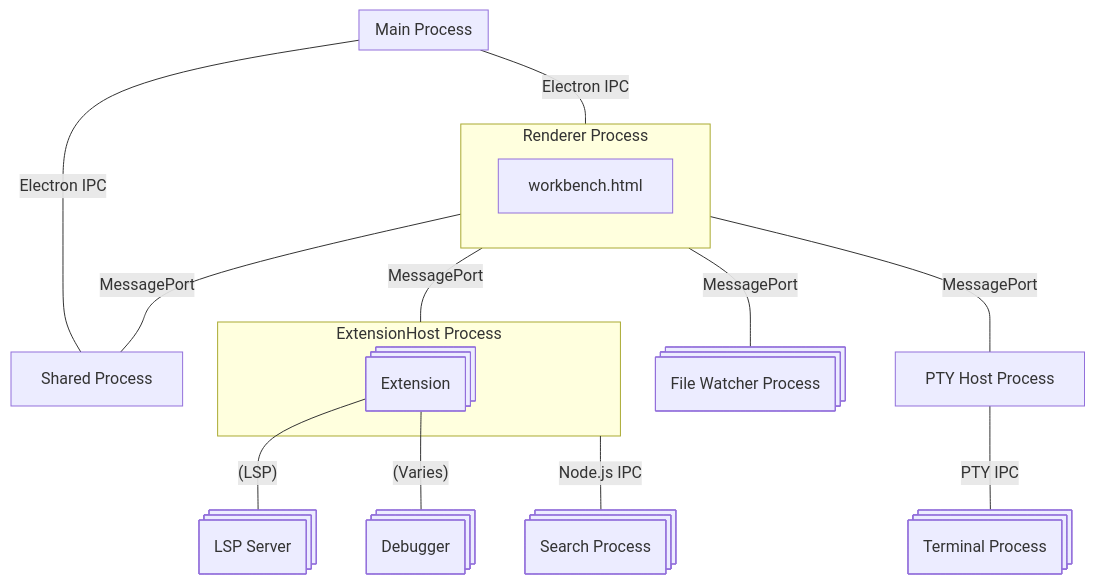
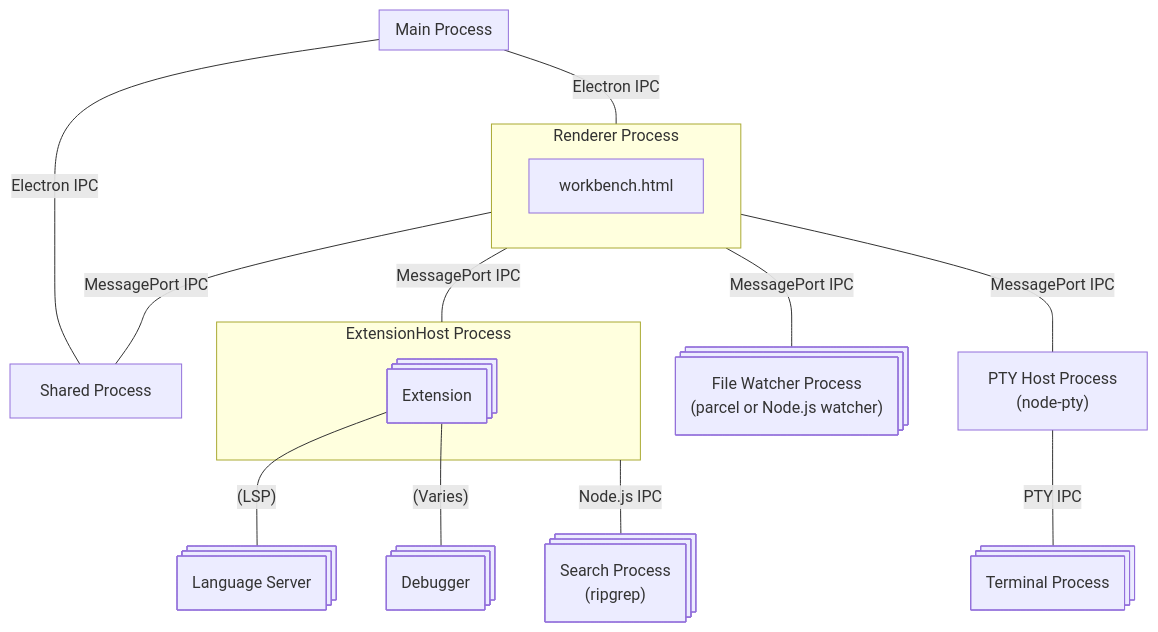
One commit to tamuratak/latex-toybox changed the diagram in dev/memo/arch_of_vscode.md. Above: the diagram before and after it, drawn with Mermaid.

Commit message:
fixup! fixup! fixup! fixup! fixup! fixup! fixup! feat: Add flowchart diagram for VS Code architecture in arch_of_vscode.md [skip ci]

````diff
--- a/dev/memo/arch_of_vscode.md
+++ b/dev/memo/arch_of_vscode.md
@@ -4,28 +4,28 @@
 ```mermaid
 flowchart TB
     subgraph MainProcess[Main Process]
     end
     subgraph RendererProcess [Renderer Process]
         workbench.html
     end
     SharedProcess[Shared Process]
     subgraph ExtensionHostProcess  [ExtensionHost Process]
         Extension@{ shape: procs }
     end
-    SearchProcess@{ shape: procs, label: "Search Process" }
-    TerminalHostProcess@{ label: "PTY Host Process" }
+    SearchProcess@{ shape: procs, label: "Search Process<br/>(ripgrep)" }
+    TerminalHostProcess@{ label: "PTY Host Process<br/>(node-pty)" }
     TerminalProcess@{ shape: procs, label: "Terminal Process" }
-    FileWatcherProcess@{ shape: procs, label: "File Watcher Process" }
-    LSPServer@{ shape: procs, label: "LSP Server" }
+    FileWatcherProcess@{ shape: procs, label: "File Watcher Process<br/>(parcel or Node.js watcher)" }
+    LanguageServer@{ shape: procs, label: "Language Server" }
     Debugger@{ shape: procs }
     MainProcess -- Electron IPC --- SharedProcess
     MainProcess -- Electron IPC --- RendererProcess
-    RendererProcess -- MessagePort --- SharedProcess
-    RendererProcess -- MessagePort --- ExtensionHostProcess
-    RendererProcess -- MessagePort --- FileWatcherProcess
-    RendererProcess -- MessagePort --- TerminalHostProcess
+    RendererProcess -- MessagePort IPC --- SharedProcess
+    RendererProcess -- MessagePort IPC --- ExtensionHostProcess
+    RendererProcess -- MessagePort IPC --- FileWatcherProcess
+    RendererProcess -- MessagePort IPC --- TerminalHostProcess
     TerminalHostProcess -- PTY IPC --- TerminalProcess
     ExtensionHostProcess -- Node.js IPC --- SearchProcess
-    Extension -- (LSP) --- LSPServer
+    Extension -- (LSP) --- LanguageServer
     Extension -- (Varies) --- Debugger
 ```
````
